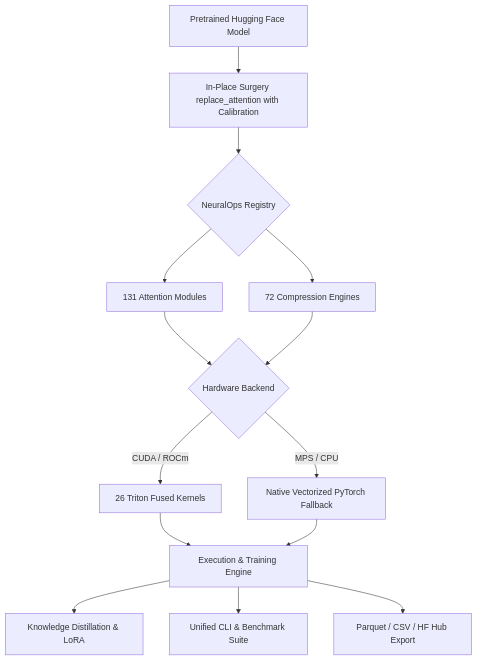
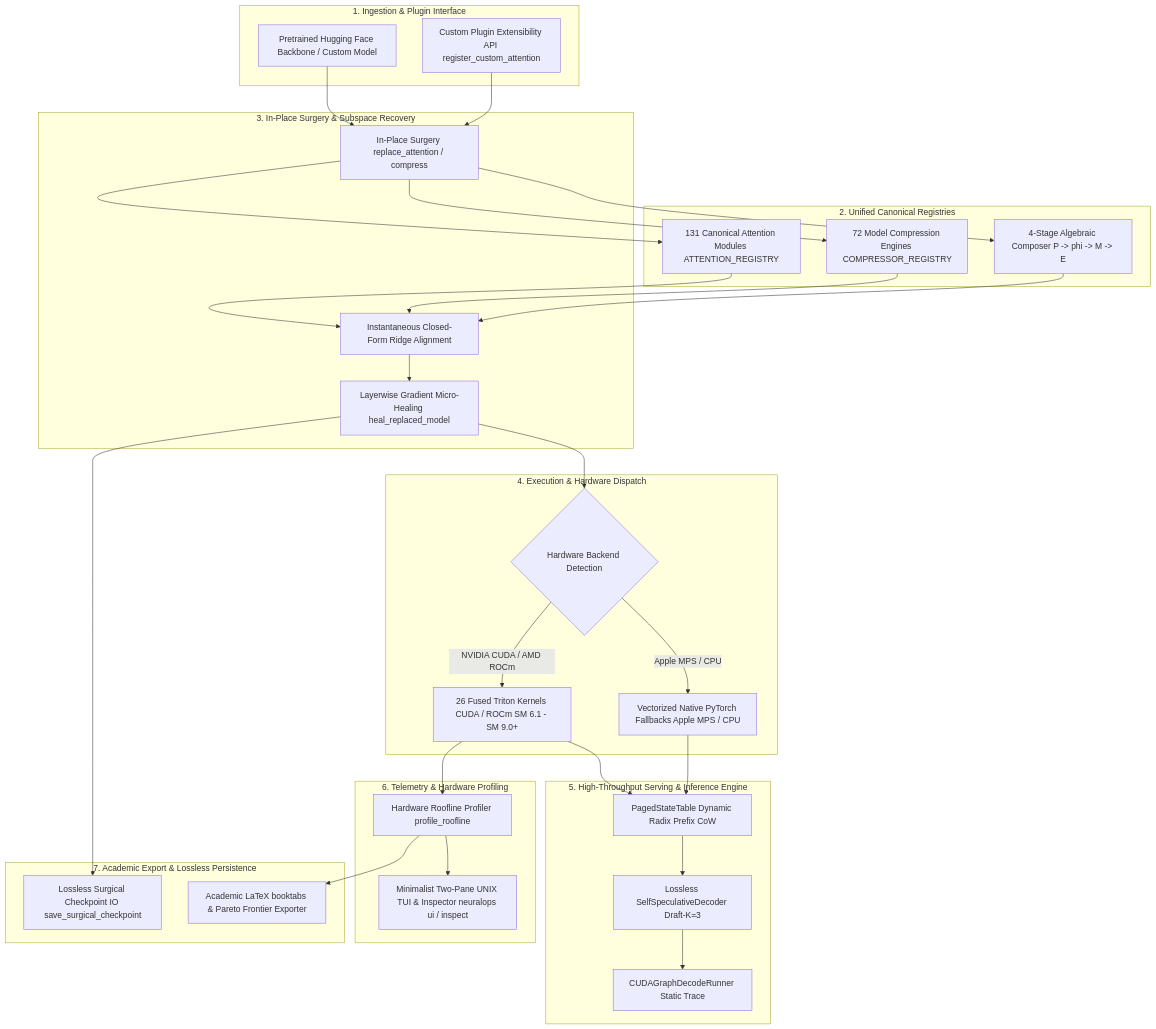
The diagram in README.md (tahamajs/NeuralOps), drawn with Mermaid before and after one commit. The commit also changed other lines of this file and 3 other files, not shown here.

First line of the commit message:
feat: Enhance surgical model manifest extraction and checkpoint loading

````diff
--- a/README.md
+++ b/README.md
@@ -581,21 +583,62 @@
 ```mermaid
 flowchart TD
-    HF[Pretrained Hugging Face Model] --> Surgery[In-Place Surgery replace_attention with Calibration]
-    Surgery --> Registry{NeuralOps Registry}
-    
-    Registry --> AttnZoo[131 Attention Modules]
-    Registry --> CompEngines[72 Compression Engines]
-    
-    AttnZoo --> BackendCheck{Hardware Backend}
-    CompEngines --> BackendCheck
-    
-    BackendCheck -- CUDA / ROCm --> Triton[26 Triton Fused Kernels]
-    BackendCheck -- MPS / CPU --> Fallback[Native Vectorized PyTorch Fallback]
-    
-    Triton --> Engine[Execution & Training Engine]
-    Fallback --> Engine
-    
-    Engine --> KD[Knowledge Distillation & LoRA]
-    Engine --> Bench[Unified CLI & Benchmark Suite]
-    Engine --> Export[Parquet / CSV / HF Hub Export]
+    subgraph Layer1 [1. Ingestion & Plugin Interface]
+        HF[Pretrained Hugging Face Backbone / Custom Model]
+        Ext[Custom Plugin Extensibility API register_custom_attention]
+    end
+
+    subgraph Layer2 [2. Unified Canonical Registries]
+        AttnZoo[131 Canonical Attention Modules ATTENTION_REGISTRY]
+        CompEngines[72 Model Compression Engines COMPRESSOR_REGISTRY]
+        Composer[4-Stage Algebraic Composer P -> phi -> M -> E]
+    end
+
+    subgraph Layer3 [3. In-Place Surgery & Subspace Recovery]
+        Surgery[In-Place Surgery replace_attention / compress]
+        Ridge[Instantaneous Closed-Form Ridge Alignment]
+        MicroHeal[Layerwise Gradient Micro-Healing heal_replaced_model]
+    end
+
+    subgraph Layer4 [4. Execution & Hardware Dispatch]
+        BackendCheck{Hardware Backend Detection}
+        Triton[26 Fused Triton Kernels CUDA / ROCm SM 6.1 - SM 9.0+]
+        Fallback[Vectorized Native PyTorch Fallbacks Apple MPS / CPU]
+    end
+
+    subgraph Layer5 [5. High-Throughput Serving & Inference Engine]
+        PagedState[PagedStateTable Dynamic Radix Prefix CoW]
+        SpecDecode[Lossless SelfSpeculativeDecoder Draft-K=3]
+        CUDAGraph[CUDAGraphDecodeRunner Static Trace]
+    end
+
+    subgraph Layer6 [6. Telemetry & Hardware Profiling]
+        Roofline[Hardware Roofline Profiler profile_roofline]
+        TUI[Minimalist Two-Pane UNIX TUI & Inspector neuralops ui / inspect]
+    end
+
+    subgraph Layer7 [7. Academic Export & Lossless Persistence]
+        SurgIO[Lossless Surgical Checkpoint IO save_surgical_checkpoint]
+        LaTeX[Academic LaTeX booktabs & Pareto Frontier Exporter]
+    end
+
+    HF --> Surgery
+    Ext --> Surgery
+    Surgery --> AttnZoo
+    Surgery --> CompEngines
+    Surgery --> Composer
+    AttnZoo --> Ridge
+    CompEngines --> Ridge
+    Composer --> Ridge
+    Ridge --> MicroHeal
+    MicroHeal --> BackendCheck
+    BackendCheck -- NVIDIA CUDA / AMD ROCm --> Triton
+    BackendCheck -- Apple MPS / CPU --> Fallback
+    Triton --> PagedState
+    Fallback --> PagedState
+    PagedState --> SpecDecode
+    SpecDecode --> CUDAGraph
+    Triton --> Roofline
+    Roofline --> TUI
+    MicroHeal --> SurgIO
+    Roofline --> LaTeX
 ```
````
